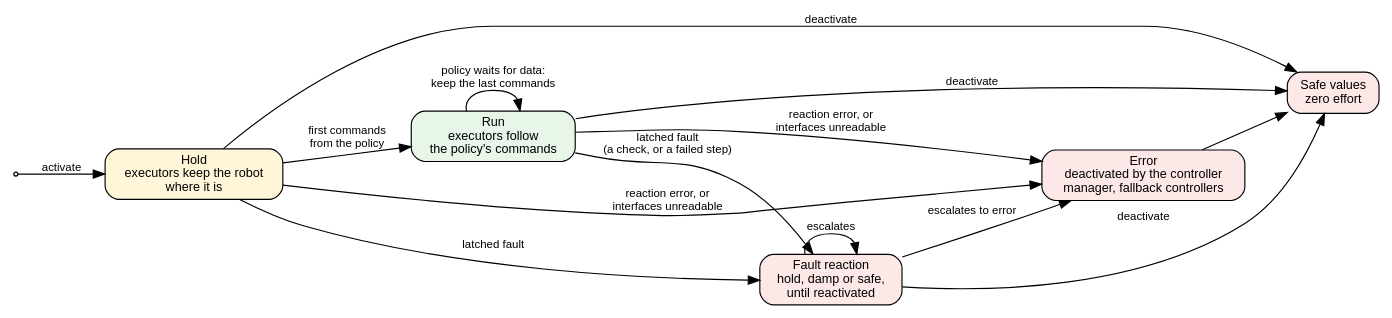
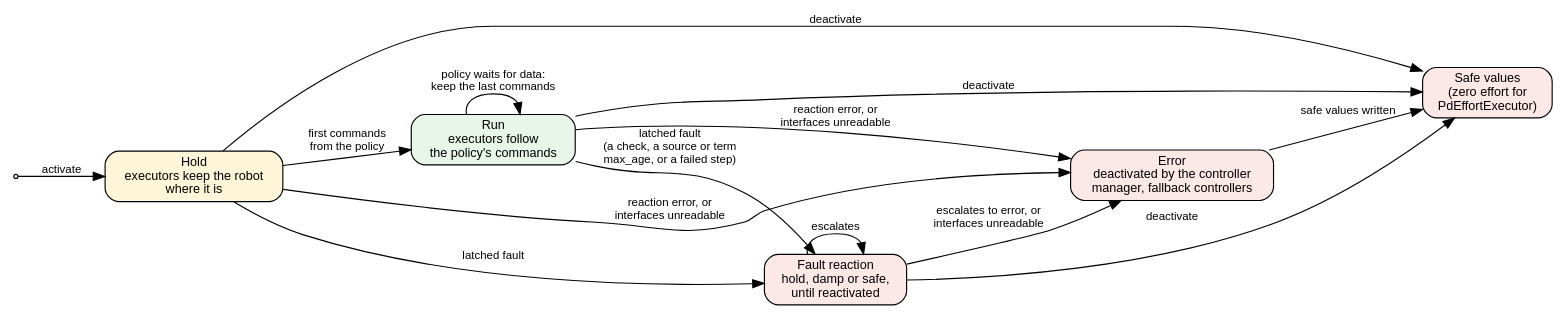
One commit to saikishor/ros2_policy_framework changed the first of 3 diagrams in docs/safety.rst. Above: the diagram before and after it, drawn with Graphviz. The commit also changed other lines of this file, not shown here.

Commit message:
Drop the removed motion reference from the safety page and complete the lifecycle diagram

```diff
--- a/docs/safety.rst
+++ b/docs/safety.rst
@@ -12,26 +12,26 @@
 .. graphviz::
 
    digraph lifecycle {
      rankdir=LR;
      node [shape=box, style="rounded,filled", fillcolor="#eef3fb", fontname="Helvetica", fontsize=11];
      edge [fontname="Helvetica", fontsize=10];
      start [shape=point];
      hold [label="Hold\nexecutors keep the robot\nwhere it is", fillcolor="#fff6d9"];
      run [label="Run\nexecutors follow\nthe policy's commands", fillcolor="#e8f5e9"];
-     safe [label="Safe values\nzero effort", fillcolor="#fde8e8"];
+     safe [label="Safe values\n(zero effort for\nPdEffortExecutor)", fillcolor="#fde8e8"];
      fault [label="Fault reaction\nhold, damp or safe,\nuntil reactivated", fillcolor="#fde8e8"];
      error [label="Error\ndeactivated by the controller\nmanager, fallback controllers", fillcolor="#fde8e8"];
      start -> hold [label="activate"];
      hold -> run [label="first commands\nfrom the policy"];
      run -> run [label="policy waits for data:\nkeep the last commands"];
      hold -> fault [label="latched fault"];
      hold -> error [label="reaction error, or\ninterfaces unreadable"];
-     run -> fault [label="latched fault\n(a check, or a failed step)"];
+     run -> fault [label="latched fault\n(a check, a source or term\nmax_age, or a failed step)"];
      fault -> fault [label="escalates"];
      run -> error [label="reaction error, or\ninterfaces unreadable"];
-     fault -> error [label="escalates to error"];
-     error -> safe;
+     fault -> error [label="escalates to error, or\ninterfaces unreadable"];
+     error -> safe [label="safe values written"];
      hold -> safe [label="deactivate"];
      run -> safe [label="deactivate"];
      fault -> safe [label="deactivate"];
    }
```
